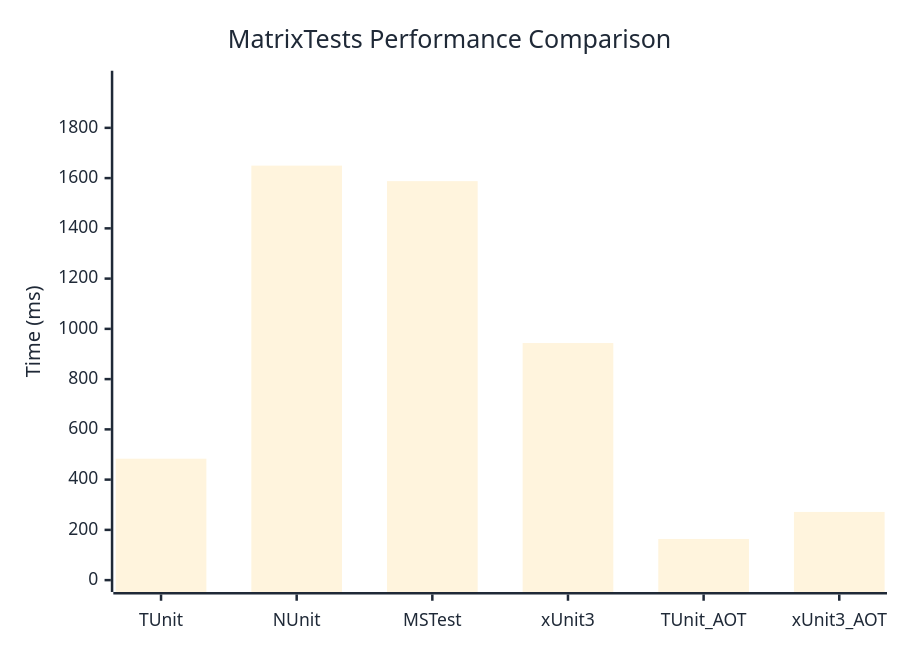
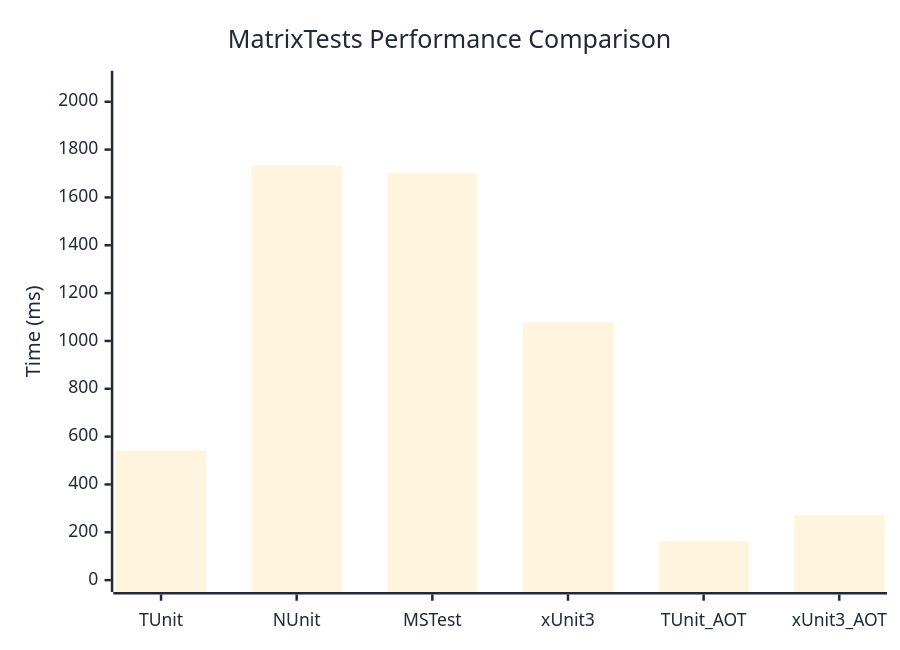
Before and after one commit to thomhurst/TUnit: the diagram in docs/docs/benchmarks/engine/MatrixTests.md, drawn with Mermaid. The commit also changed other lines of this file and 18 other files, not shown here.

````diff
--- a/docs/docs/benchmarks/engine/MatrixTests.md
+++ b/docs/docs/benchmarks/engine/MatrixTests.md
@@ -30,37 +30,37 @@
 ```mermaid
 %%{init: {
   'theme':'base',
   'themeVariables': {
     'primaryColor': '#2563eb',
     'primaryTextColor': '#1f2937',
     'primaryBorderColor': '#1e40af',
     'lineColor': '#6b7280',
     'secondaryColor': '#7c3aed',
     'tertiaryColor': '#dc2626',
     'background': '#ffffff',
     'mainBkg': '#2563eb',
     'secondBkg': '#7c3aed',
     'tertiaryBkg': '#dc2626',
     'clusterBkg': '#f3f4f6',
     'edgeLabelBackground': '#ffffff',
     'tertiaryTextColor': '#1f2937',
     'pie1': '#2563eb',
     'pie2': '#7c3aed',
     'pie3': '#dc2626',
     'pie4': '#f59e0b',
     'pie5': '#10b981',
     'pie6': '#06b6d4',
     'pie7': '#ec4899',
     'pie8': '#6366f1',
     'pie9': '#84cc16',
     'pie10': '#f97316',
     'pie11': '#14b8a6',
     'pie12': '#a855f7'
   }
 }}%%
 xychart-beta
   title "MatrixTests Performance Comparison"
   x-axis ["TUnit", "NUnit", "MSTest", "xUnit3", "TUnit_AOT", "xUnit3_AOT"]
-  y-axis "Time (ms)" 0 --> 1980
-  bar [483.3, 1649.7, 1588, 943.6, 163.8, 271.4]
+  y-axis "Time (ms)" 0 --> 2080
+  bar [541.9, 1732.9, 1702.1, 1078.1, 164.5, 272.2]
 ```
````
